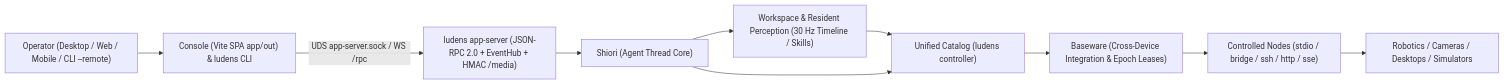
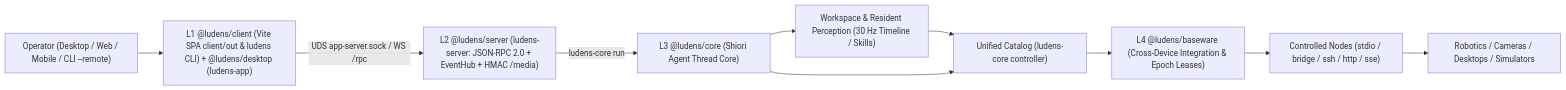
One commit to Arkevo-Lab/Ludens changed the diagram in docs/en/concepts/overview.md. Above: the diagram before and after it, drawn with Mermaid. The commit also changed other lines of this file and 34 other files, not shown here.

Commit message:
docs: align bilingual documentation and construction plan with six-package architecture

````diff
--- a/docs/en/concepts/overview.md
+++ b/docs/en/concepts/overview.md
@@ -19,12 +19,12 @@
 ```mermaid
 flowchart LR
-    U["Operator (Desktop / Web / Mobile / CLI --remote)"] --> Con["Console (Vite SPA app/out) & ludens CLI"]
-    Con -->|"UDS app-server.sock / WS /rpc"| Srv["ludens app-server (JSON-RPC 2.0 + EventHub + HMAC /media)"]
-    Srv --> Sh["Shiori (Agent Thread Core)"]
+    U["Operator (Desktop / Web / Mobile / CLI --remote)"] --> Con["L1 @ludens/client (Vite SPA client/out & ludens CLI) + @ludens/desktop (ludens-app)"]
+    Con -->|"UDS app-server.sock / WS /rpc"| Srv["L2 @ludens/server (ludens-server: JSON-RPC 2.0 + EventHub + HMAC /media)"]
+    Srv -->|"ludens-core run"| Sh["L3 @ludens/core (Shiori Agent Thread Core)"]
     Sh --> Ws["Workspace & Resident Perception (30 Hz Timeline / Skills)"]
-    Ws --> Cat["Unified Catalog (ludens controller)"]
+    Ws --> Cat["Unified Catalog (ludens-core controller)"]
     Sh --> Cat
-    Cat --> Bw["Baseware (Cross-Device Integration & Epoch Leases)"]
+    Cat --> Bw["L4 @ludens/baseware (Cross-Device Integration & Epoch Leases)"]
     Bw --> Nodes["Controlled Nodes (stdio / bridge / ssh / http / sse)"]
     Nodes --> Targets["Robotics / Cameras / Desktops / Simulators"]
 ```
````
